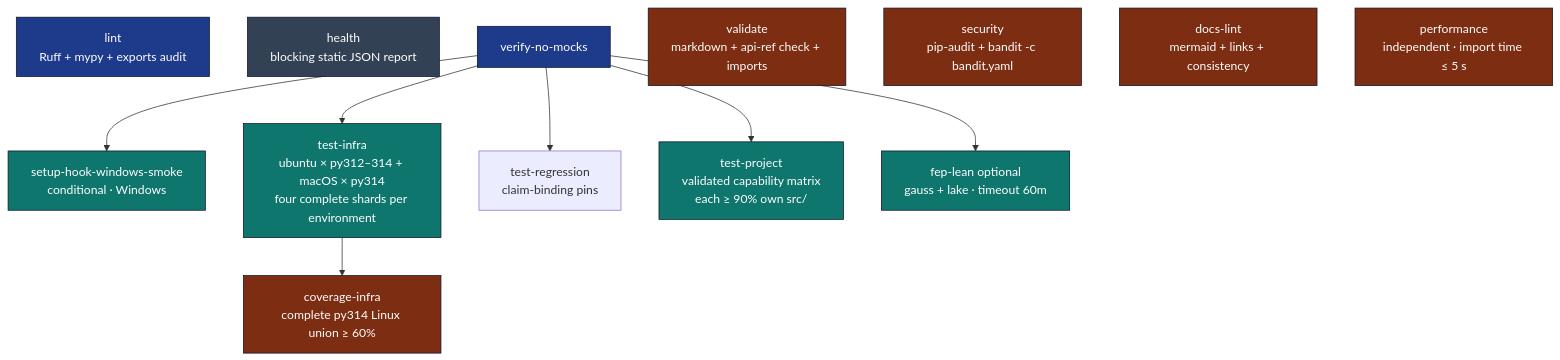
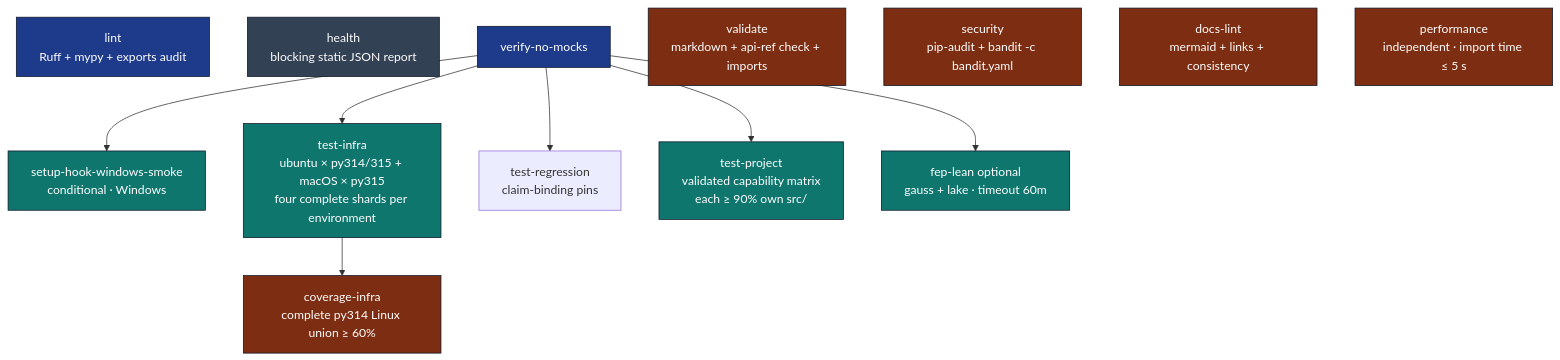
Before and after one commit to docxology/template: the diagram in .github/workflows/README.md, drawn with Mermaid. The commit also changed other lines of this file and 349 other files, not shown here.

````diff
--- a/.github/workflows/README.md
+++ b/.github/workflows/README.md
@@ -55,25 +55,25 @@
 ```mermaid
 flowchart TB
     LINT[lint<br/>Ruff + mypy + exports audit]
     HEALTH[health<br/>blocking static JSON report]
     VNM[verify-no-mocks]
     VAL[validate<br/>markdown + api-ref check + imports]
     SEC[security<br/>pip-audit + bandit -c bandit.yaml]
     DL[docs-lint<br/>mermaid + links + consistency]
     VNM --> SHW[setup-hook-windows-smoke<br/>conditional · Windows]
-    VNM --> TI[test-infra<br/>ubuntu × py312–314 + macOS × py314<br/>four complete shards per environment]
+    VNM --> TI[test-infra<br/>ubuntu × py314/315 + macOS × py315<br/>four complete shards per environment]
     TI --> IC[coverage-infra<br/>complete py314 Linux union ≥ 60%]
     VNM --> TR[test-regression<br/>claim-binding pins]
     VNM --> TP[test-project<br/>validated capability matrix<br/>each ≥ 90% own src/]
     VNM --> FL[fep-lean optional<br/>gauss + lake · timeout 60m]
     PERF[performance<br/>independent · import time ≤ 5 s]
 
     classDef gate fill:#1e3a8a,stroke:#0f172a,color:#fff
     classDef matrix fill:#0f766e,stroke:#0f172a,color:#fff
     classDef terminal fill:#7c2d12,stroke:#0f172a,color:#fff
     classDef info fill:#334155,stroke:#0f172a,color:#fff
     class LINT,VNM gate
     class TI,TP,FL,SHW matrix
     class VAL,SEC,DL,PERF,IC terminal
     class HEALTH info
 ```
````
